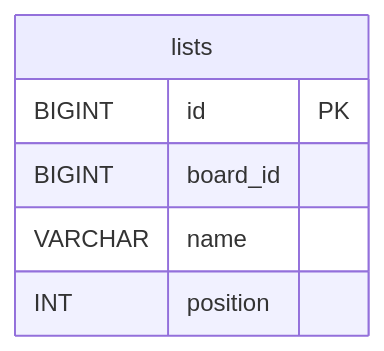
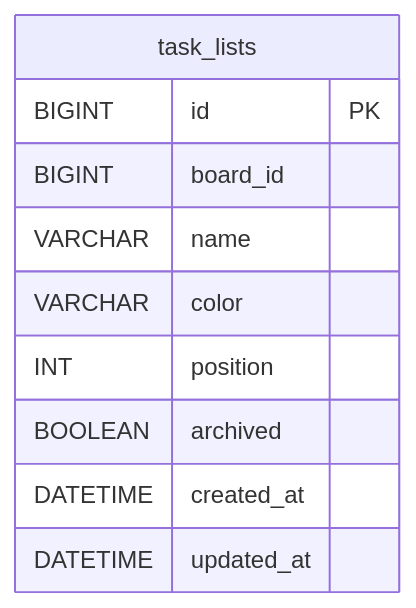
One commit to Prashant-kumar-sharma/FlowBoard-Backend changed the first of 4 diagrams in docs/services/list-service/diagrams.md. Above: the diagram before and after it, drawn with Mermaid. The commit also changed other lines of this file and 10 other files, not shown here.

Commit message:
[Prashant] : Added Diagrams for all the services

````diff
--- a/docs/services/list-service/diagrams.md
+++ b/docs/services/list-service/diagrams.md
@@ -4,9 +4,13 @@
 ```mermaid
 erDiagram
-    lists {
+    task_lists {
         BIGINT id PK
         BIGINT board_id
         VARCHAR name
+        VARCHAR color
         INT position
+        BOOLEAN archived
+        DATETIME created_at
+        DATETIME updated_at
     }
 ```
````
